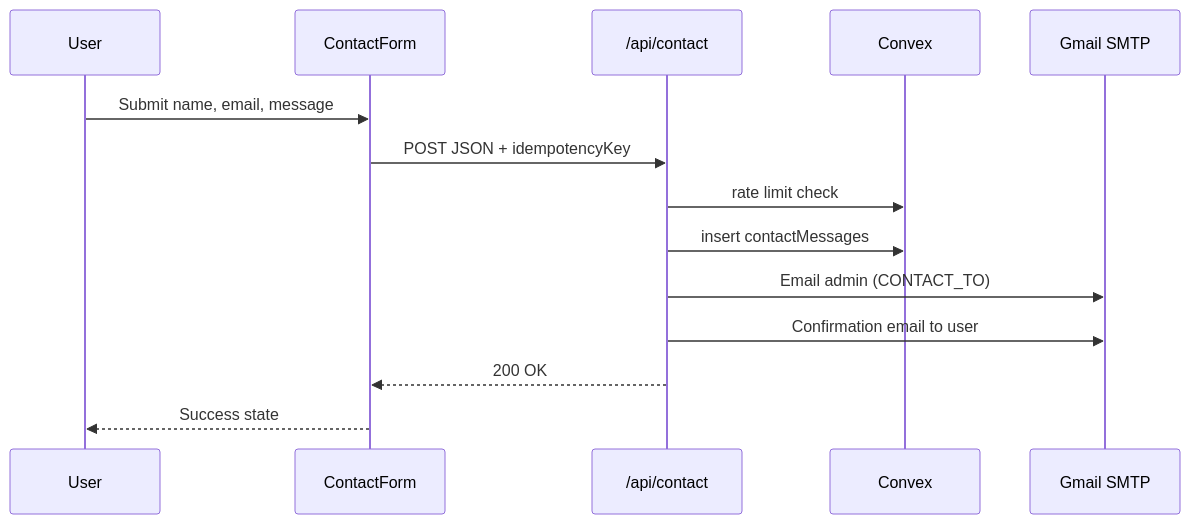
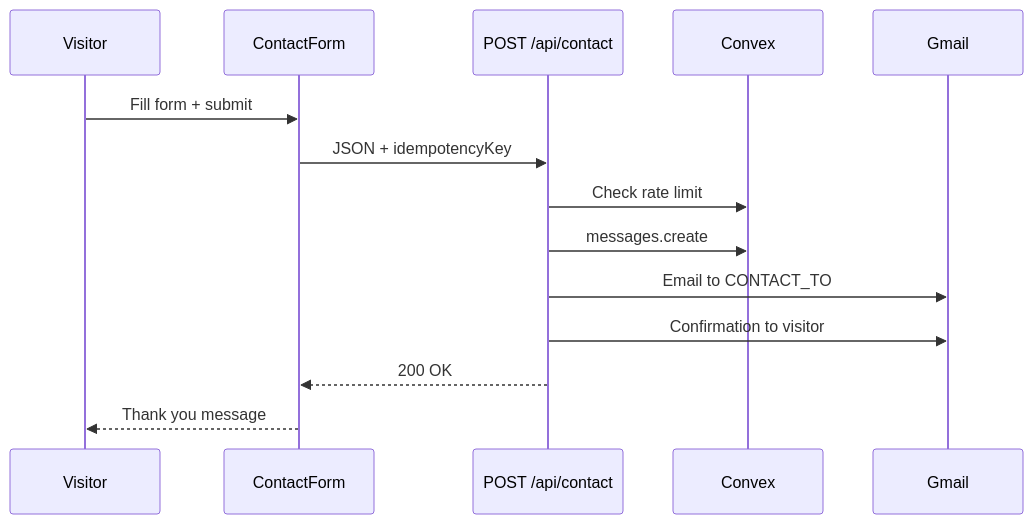
One commit to mawlid1431/Portfolio changed the fifth of 15 diagrams in README.md. Above: the diagram before and after it, drawn with Mermaid. The commit also changed other lines of this file, not shown here.

````diff
--- a/README.md
+++ b/README.md
@@ -274,17 +375,17 @@
 ```mermaid
 sequenceDiagram
-  participant U as User
+  participant U as Visitor
   participant F as ContactForm
-  participant API as /api/contact
+  participant API as POST /api/contact
   participant C as Convex
-  participant SMTP as Gmail SMTP
+  participant E as Gmail
 
-  U->>F: Submit name, email, message
-  F->>API: POST JSON + idempotencyKey
-  API->>C: rate limit check
-  API->>C: insert contactMessages
-  API->>SMTP: Email admin (CONTACT_TO)
-  API->>SMTP: Confirmation email to user
+  U->>F: Fill form + submit
+  F->>API: JSON + idempotencyKey
+  API->>C: Check rate limit
+  API->>C: messages.create
+  API->>E: Email to CONTACT_TO
+  API->>E: Confirmation to visitor
   API-->>F: 200 OK
-  F-->>U: Success state
+  F-->>U: Thank you message
 ```
````
